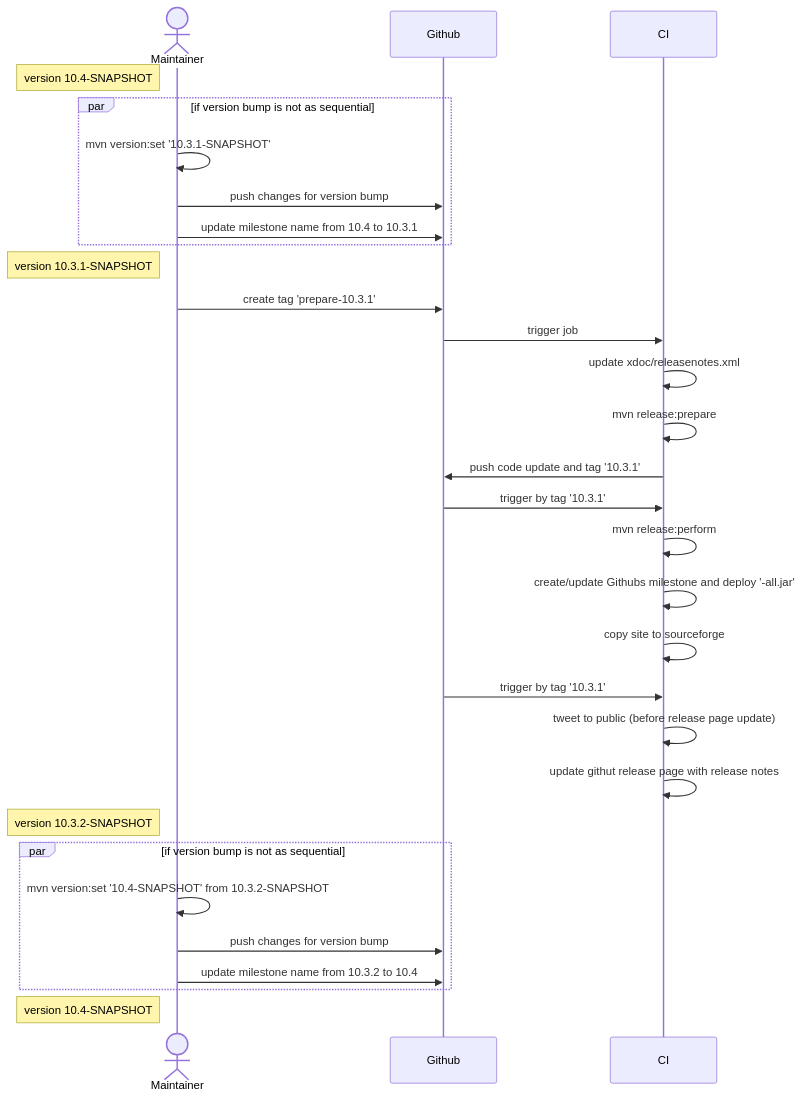
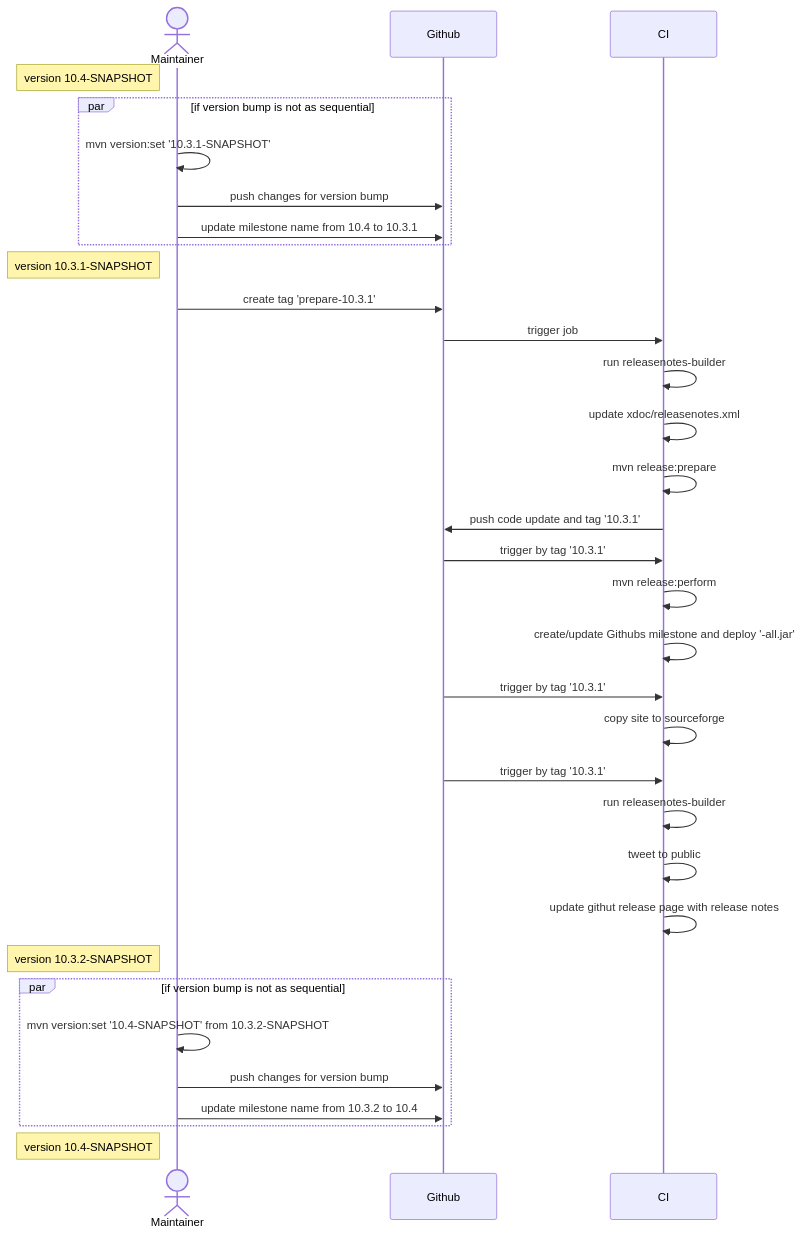
Before and after one commit to checkstyle/contribution: the diagram in releasenotes-builder/diagrams.md, drawn with Mermaid.

Commit message:
doc: update sequense diagram

````diff
--- a/releasenotes-builder/diagrams.md
+++ b/releasenotes-builder/diagrams.md
@@ -5,35 +5,39 @@
 ```mermaid
 sequenceDiagram
     actor Maintainer
     participant Github
     participant CI
     Note left of Maintainer: version 10.4-SNAPSHOT
     par if version bump is not as sequential
         Maintainer->>Maintainer: mvn version:set '10.3.1-SNAPSHOT'
         Maintainer->>Github: push changes for version bump
         Maintainer->>Github: update milestone name from 10.4 to 10.3.1
     end
     Note left of Maintainer: version 10.3.1-SNAPSHOT
     Maintainer->>Github: create tag 'prepare-10.3.1'
     Github->>CI: trigger job
+    CI->>CI: run releasenotes-builder
     CI->>CI: update xdoc/releasenotes.xml
     CI->>CI: mvn release:prepare
     CI->>Github: push code update and tag '10.3.1'
 
     Github->>CI: trigger by tag '10.3.1'
     CI->>CI: mvn release:perform
     CI->>CI: create/update Githubs milestone and deploy '-all.jar'
+    
+    Github->>CI: trigger by tag '10.3.1'
     CI->>CI: copy site to sourceforge
 
     Github->>CI: trigger by tag '10.3.1'
-    CI->>CI: tweet to public (before release page update)
+    CI->>CI: run releasenotes-builder
+    CI->>CI: tweet to public
     CI->>CI: update githut release page with release notes
 
     Note left of Maintainer: version 10.3.2-SNAPSHOT
     par if version bump is not as sequential
         Maintainer->>Maintainer: mvn version:set '10.4-SNAPSHOT' from 10.3.2-SNAPSHOT
         Maintainer->>Github: push changes for version bump
         Maintainer->>Github: update milestone name from 10.3.2 to 10.4
     end
     Note left of Maintainer: version 10.4-SNAPSHOT
 ```
````
